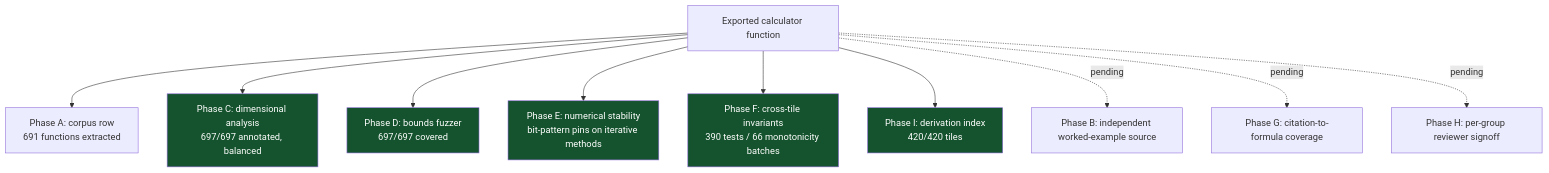
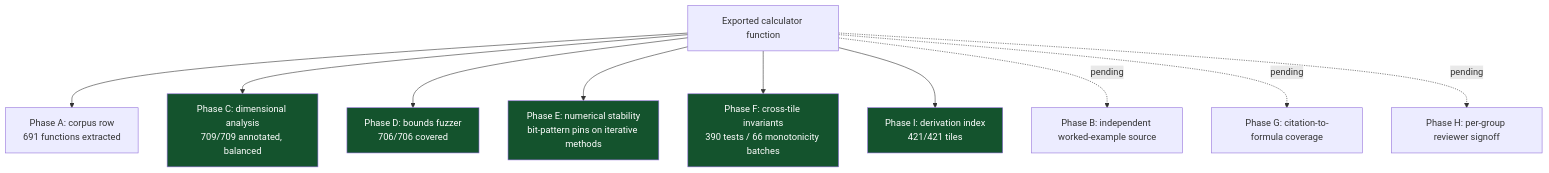
Before and after one commit to clay-good/roughlogic.com: the fourth of 5 diagrams in README.md, drawn with Mermaid. The commit also changed other lines of this file and 17 other files, not shown here.

````diff
--- a/README.md
+++ b/README.md
@@ -208,17 +208,17 @@
 ```mermaid
 flowchart TB
     F[Exported calculator function] --> A[Phase A: corpus row\n691 functions extracted]
-    F --> C[Phase C: dimensional analysis\n697/697 annotated, balanced]
-    F --> D[Phase D: bounds fuzzer\n697/697 covered]
+    F --> C[Phase C: dimensional analysis\n709/709 annotated, balanced]
+    F --> D[Phase D: bounds fuzzer\n706/706 covered]
     F --> E[Phase E: numerical stability\nbit-pattern pins on iterative methods]
     F --> Fa[Phase F: cross-tile invariants\n390 tests / 66 monotonicity batches]
-    F --> I[Phase I: derivation index\n420/420 tiles]
+    F --> I[Phase I: derivation index\n421/421 tiles]
     F -.pending.-> B[Phase B: independent worked-example source]
     F -.pending.-> G[Phase G: citation-to-formula coverage]
     F -.pending.-> H[Phase H: per-group reviewer signoff]
     style C fill:#14532d,color:#fff
     style D fill:#14532d,color:#fff
     style E fill:#14532d,color:#fff
     style Fa fill:#14532d,color:#fff
     style I fill:#14532d,color:#fff
 ```
````
